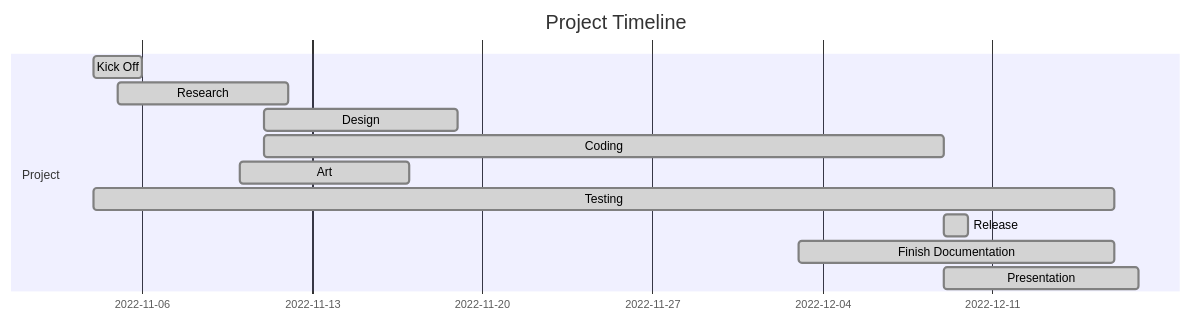
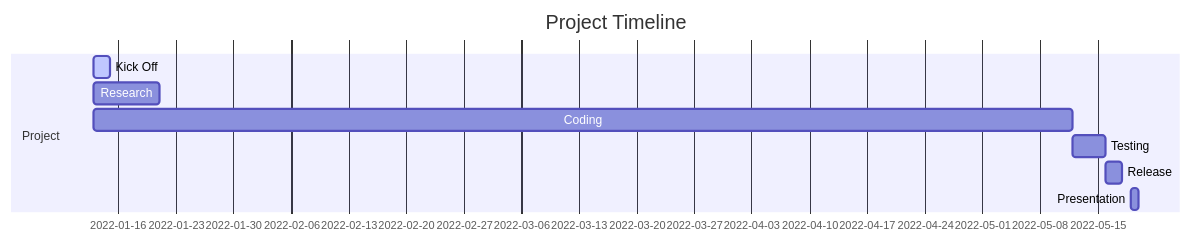
The first of 3 diagrams in docs/ProjectPlan.md (IlkkaTakala/Eril-Engine), drawn with Mermaid before and after one commit. The commit also changed other lines of this file and 2 other files, not shown here.

````diff
--- a/docs/ProjectPlan.md
+++ b/docs/ProjectPlan.md
@@ -47,16 +56,13 @@
 ```mermaid
 gantt
 dateFormat  DD-MM
 title Project Timeline
 
 section Project
-Kick Off                :done,    des1, 04-11, 2d
-Research                :done,    des2, 05-11, 12-11
-Design                  :done,    des3, 11-11, 19-11
-Coding                  :done,    des4, 11-11, 09-12
-Art                     :done,    des4, 10-11, 17-11
-Testing                 :done,    des4, 04-11, 16-12
-Release                 :done,    des4, 09-12, 10-12
-Finish Documentation    :done,    des4, 03-12, 16-12
-Presentation            :done,    des4, 09-12, 17-12
+Kick Off                :active,    des1, 13-01, 2d
+Research                :           des2, 13-01, 8d
+Coding                  :    des4, 13-01, 17w
+Testing                 :    des5, after des4, 4d
+Release                 :    des6, after des5, 2d
+Presentation            :    des8, 19-05, 20-05
 ```
````
